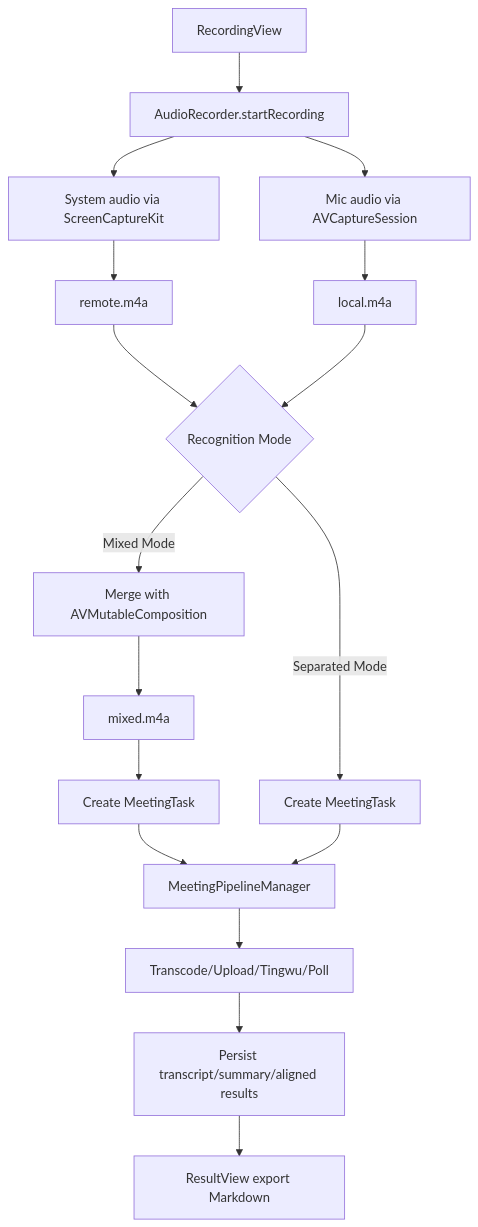
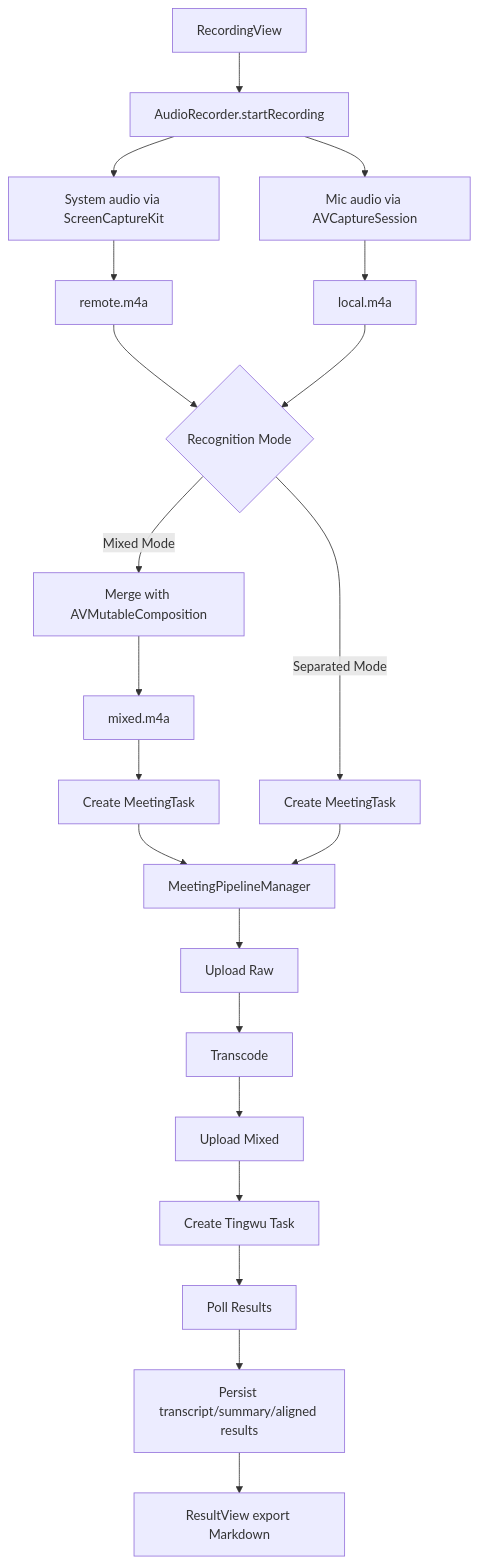
One commit to mistbit/VoiceMemo changed the diagram in doc/01-architecture-overview.md. Above: the diagram before and after it, drawn with Mermaid. The commit also changed other lines of this file and 10 other files, not shown here.

Commit message:
Doc: update documentation for Upload Raw pipeline step and manual controls (#18)

````diff
--- a/doc/01-architecture-overview.md
+++ b/doc/01-architecture-overview.md
@@ -48,24 +48,28 @@
 ```mermaid
 flowchart TD
   A[RecordingView] --> B[AudioRecorder.startRecording]
   B --> C[System audio via ScreenCaptureKit]
   B --> D[Mic audio via AVCaptureSession]
   C --> E[remote.m4a]
   D --> F[local.m4a]
   
   E --> G1{Recognition Mode}
   F --> G1
   
   G1 -->|Mixed Mode| H1[Merge with AVMutableComposition]
   H1 --> H2[mixed.m4a]
   H2 --> I1[Create MeetingTask]
   I1 --> J1[MeetingPipelineManager]
   
   G1 -->|Separated Mode| I2[Create MeetingTask]
   I2 --> J1
   
-  J1 --> K[Transcode/Upload/Tingwu/Poll]
+  J1 --> K1[Upload Raw]
+  K1 --> K2[Transcode]
+  K2 --> K3[Upload Mixed]
+  K3 --> K4[Create Tingwu Task]
+  K4 --> K5[Poll Results]
   
-  K --> O[Persist transcript/summary/aligned results]
+  K5 --> O[Persist transcript/summary/aligned results]
   O --> P[ResultView export Markdown]
 ```
````
